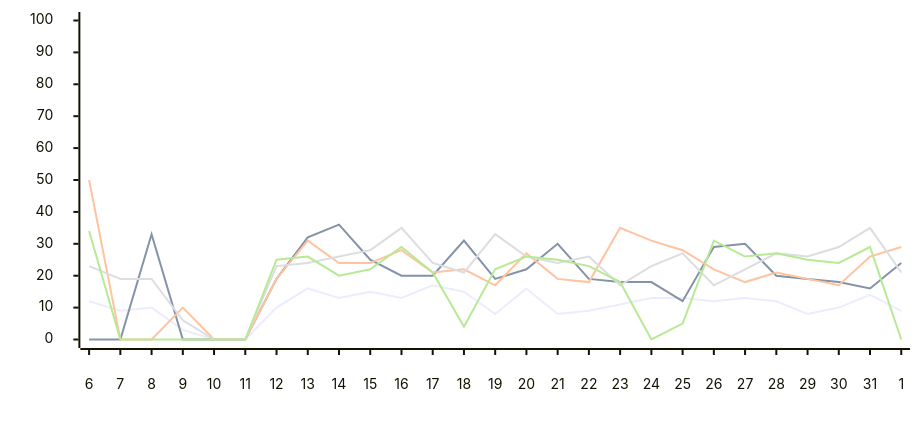
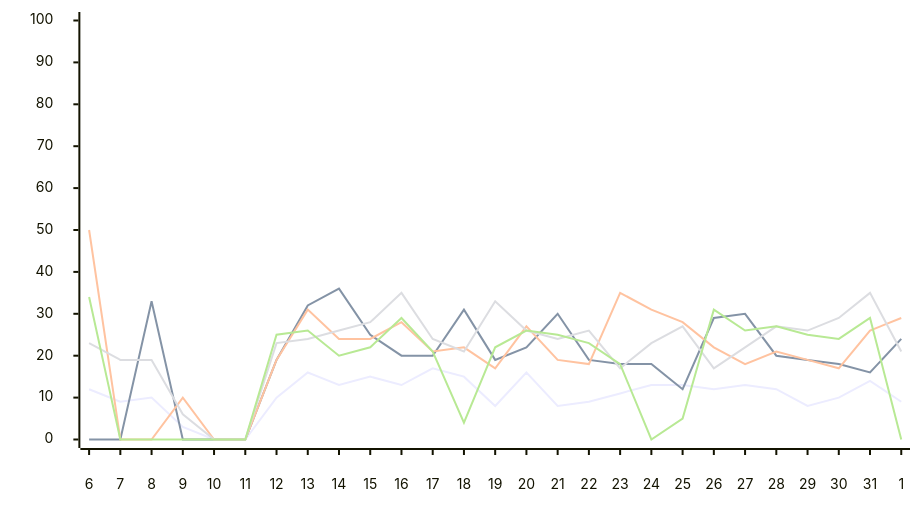
One commit to austenstone/copilot-usage changed the sixth of 11 diagrams in __tests__/mock/sample-output.md. Above: the diagram before and after it, drawn with Mermaid. The commit also changed other lines of this file and 18 other files, not shown here.

First line of the commit message:
feat: add mermaid chart generation functions and utility for date formatting

````diff
--- a/__tests__/mock/sample-output.md
+++ b/__tests__/mock/sample-output.md
@@ -127,24 +127,24 @@
 ```mermaid
 ---
 config:
     xyChart:
         width: 900
-        height: 400
+        height: 500
         xAxis:
             labelPadding: 20
         yAxis:
             labelPadding: 20
     themeVariables:
         xyChart:
             backgroundColor: "transparent"
 ---
 xychart-beta
 
   x-axis  [6, 7, 8, 9, 10, 11, 12, 13, 14, 15, 16, 17, 18, 19, 20, 21, 22, 23, 24, 25, 26, 27, 28, 29, 30, 31, 1]
   y-axis  0 --> 100
 line  [12, 9, 10, 3, 0, 0, 10, 16, 13, 15, 13, 17, 15, 8, 16, 8, 9, 11, 13, 13, 12, 13, 12, 8, 10, 14, 9]
 line  [0, 0, 33, 0, 0, 0, 19, 32, 36, 25, 20, 20, 31, 19, 22, 30, 19, 18, 18, 12, 29, 30, 20, 19, 18, 16, 24]
 line  [50, 0, 0, 10, 0, 0, 19, 31, 24, 24, 28, 21, 22, 17, 27, 19, 18, 35, 31, 28, 22, 18, 21, 19, 17, 26, 29]
 line  [23, 19, 19, 6, 0, 0, 23, 24, 26, 28, 35, 24, 21, 33, 26, 24, 26, 17, 23, 27, 17, 22, 27, 26, 29, 35, 21]
 line  [34, 0, 0, 0, 0, 0, 25, 26, 20, 22, 29, 21, 4, 22, 26, 25, 23, 18, 0, 5, 31, 26, 27, 25, 24, 29, 0]
 ```
````
